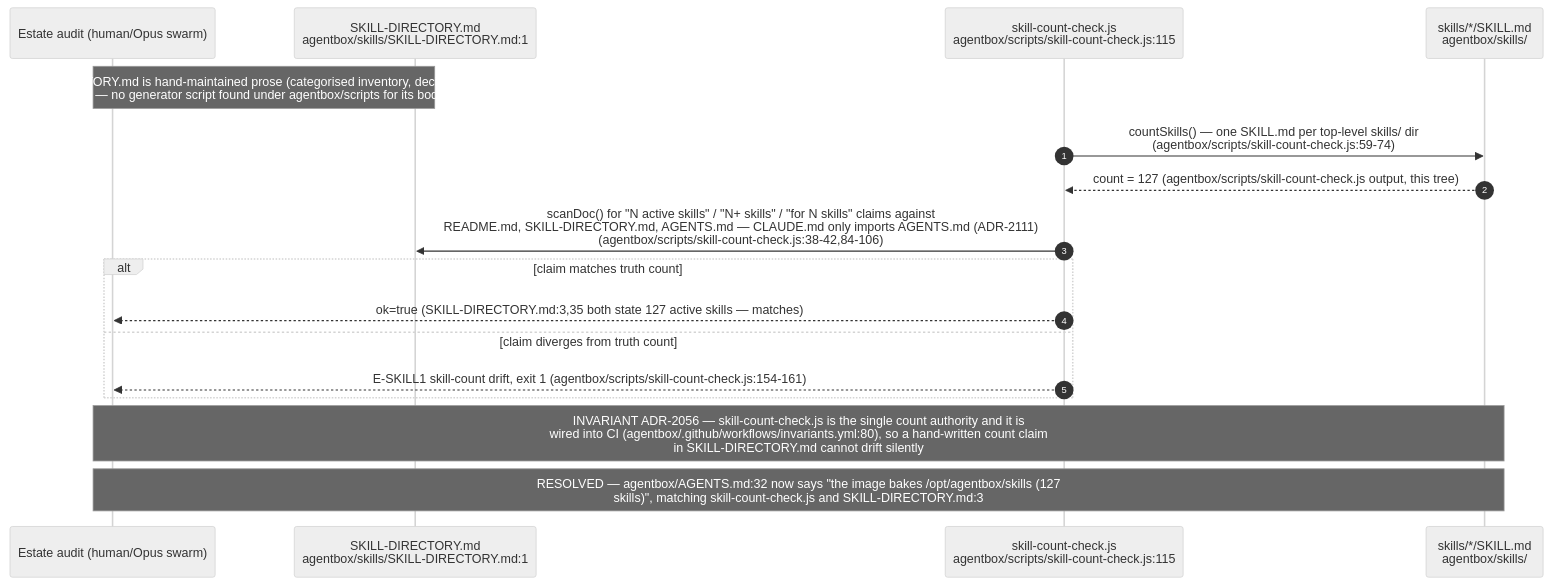
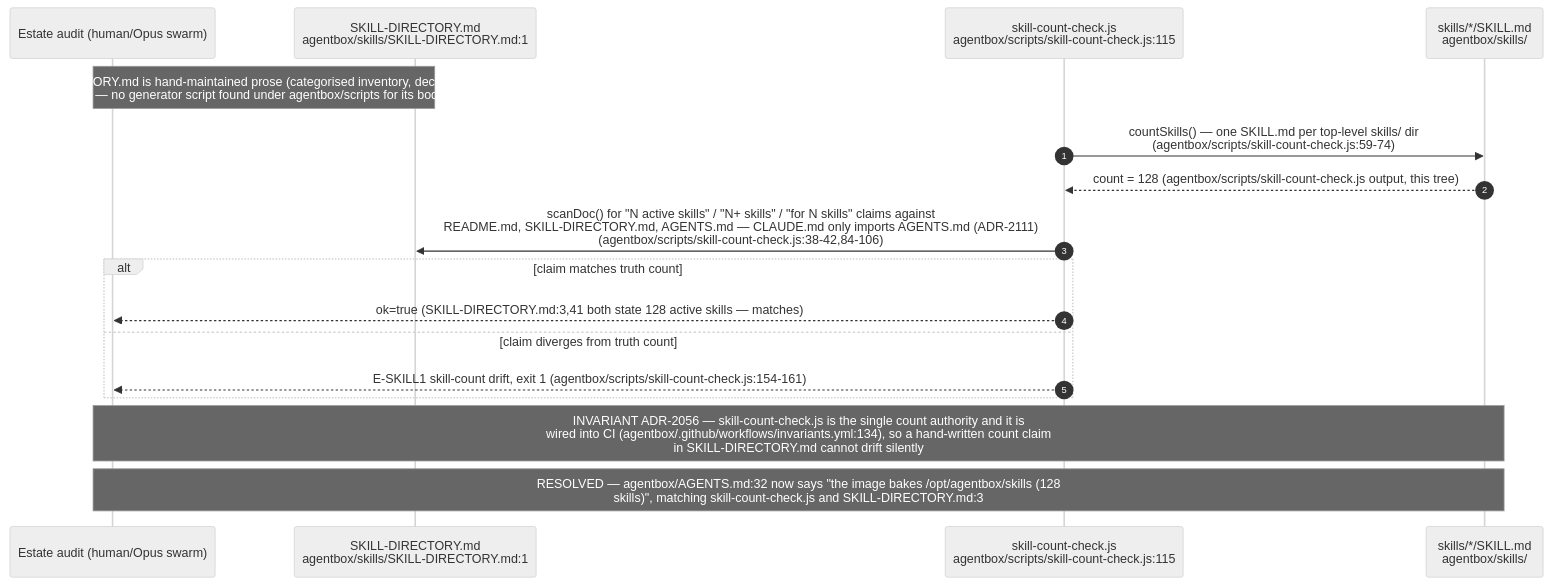
The fourth of 12 diagrams in docs/diagrams/agentbox/22-skills-and-routing.md (DreamLab-AI/VisionFlow), drawn with Mermaid (neutral theme) before and after one commit. The commit also changed other lines of this file and 111 other files, not shown here.

Commit message:
docs(diagrams): align estate maps with current source

````diff
--- a/docs/diagrams/agentbox/22-skills-and-routing.md
+++ b/docs/diagrams/agentbox/22-skills-and-routing.md
@@ -184,20 +184,20 @@
 ```mermaid
 sequenceDiagram
     autonumber
     participant AUTHOR as Estate audit (human/Opus swarm)
     participant DIR as SKILL-DIRECTORY.md<br/>agentbox/skills/SKILL-DIRECTORY.md:1
     participant CNT as skill-count-check.js<br/>agentbox/scripts/skill-count-check.js:115
     participant DISK as skills/*/SKILL.md<br/>agentbox/skills/
 
     Note over AUTHOR,DIR: SKILL-DIRECTORY.md is hand-maintained prose (categorised inventory, decision tree, MCP<br/>table) — no generator script found under agentbox/scripts for its body text
     CNT->>DISK: countSkills() — one SKILL.md per top-level skills/ dir<br/>(agentbox/scripts/skill-count-check.js:59-74)
-    DISK-->>CNT: count = 127 (agentbox/scripts/skill-count-check.js output, this tree)
+    DISK-->>CNT: count = 128 (agentbox/scripts/skill-count-check.js output, this tree)
     CNT->>DIR: scanDoc() for "N active skills" / "N+ skills" / "for N skills" claims against<br/>README.md, SKILL-DIRECTORY.md, AGENTS.md — CLAUDE.md only imports AGENTS.md (ADR-2111)<br/>(agentbox/scripts/skill-count-check.js:38-42,84-106)
     alt claim matches truth count
-        CNT-->>AUTHOR: ok=true (SKILL-DIRECTORY.md:3,35 both state 127 active skills — matches)
+        CNT-->>AUTHOR: ok=true (SKILL-DIRECTORY.md:3,41 both state 128 active skills — matches)
     else claim diverges from truth count
         CNT-->>AUTHOR: E-SKILL1 skill-count drift, exit 1 (agentbox/scripts/skill-count-check.js:154-161)
     end
-    Note over AUTHOR,DISK: INVARIANT ADR-2056 — skill-count-check.js is the single count authority and it is<br/>wired into CI (agentbox/.github/workflows/invariants.yml:80), so a hand-written count claim<br/>in SKILL-DIRECTORY.md cannot drift silently
-    Note over AUTHOR,DISK: RESOLVED — agentbox/AGENTS.md:32 now says "the image bakes /opt/agentbox/skills (127<br/>skills)", matching skill-count-check.js and SKILL-DIRECTORY.md:3
+    Note over AUTHOR,DISK: INVARIANT ADR-2056 — skill-count-check.js is the single count authority and it is<br/>wired into CI (agentbox/.github/workflows/invariants.yml:134), so a hand-written count claim<br/>in SKILL-DIRECTORY.md cannot drift silently
+    Note over AUTHOR,DISK: RESOLVED — agentbox/AGENTS.md:32 now says "the image bakes /opt/agentbox/skills (128<br/>skills)", matching skill-count-check.js and SKILL-DIRECTORY.md:3
 ```
````
